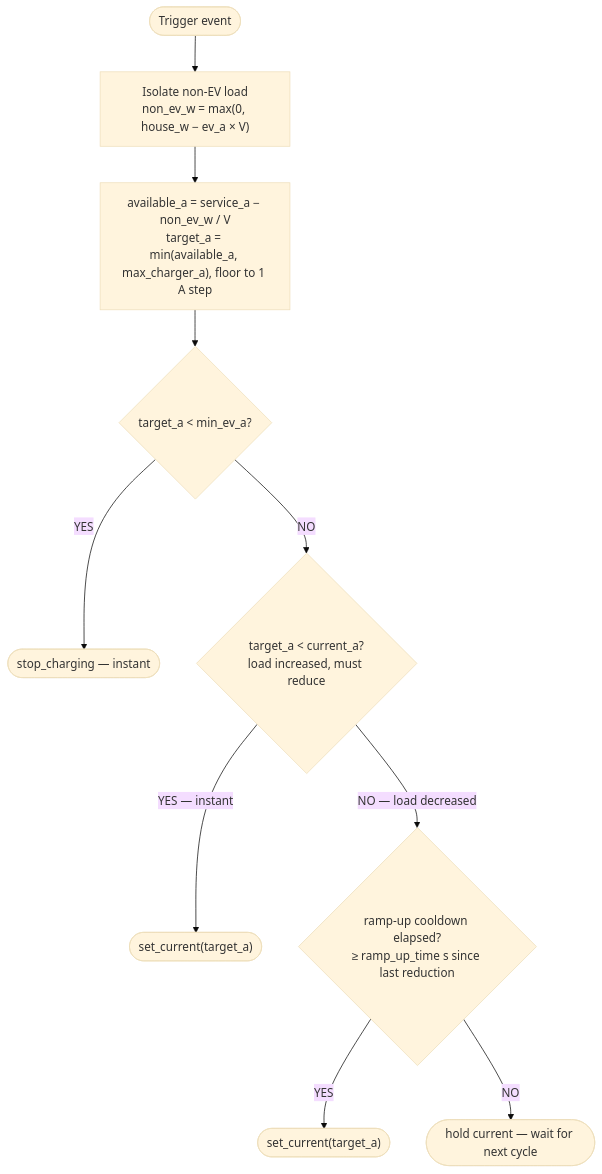
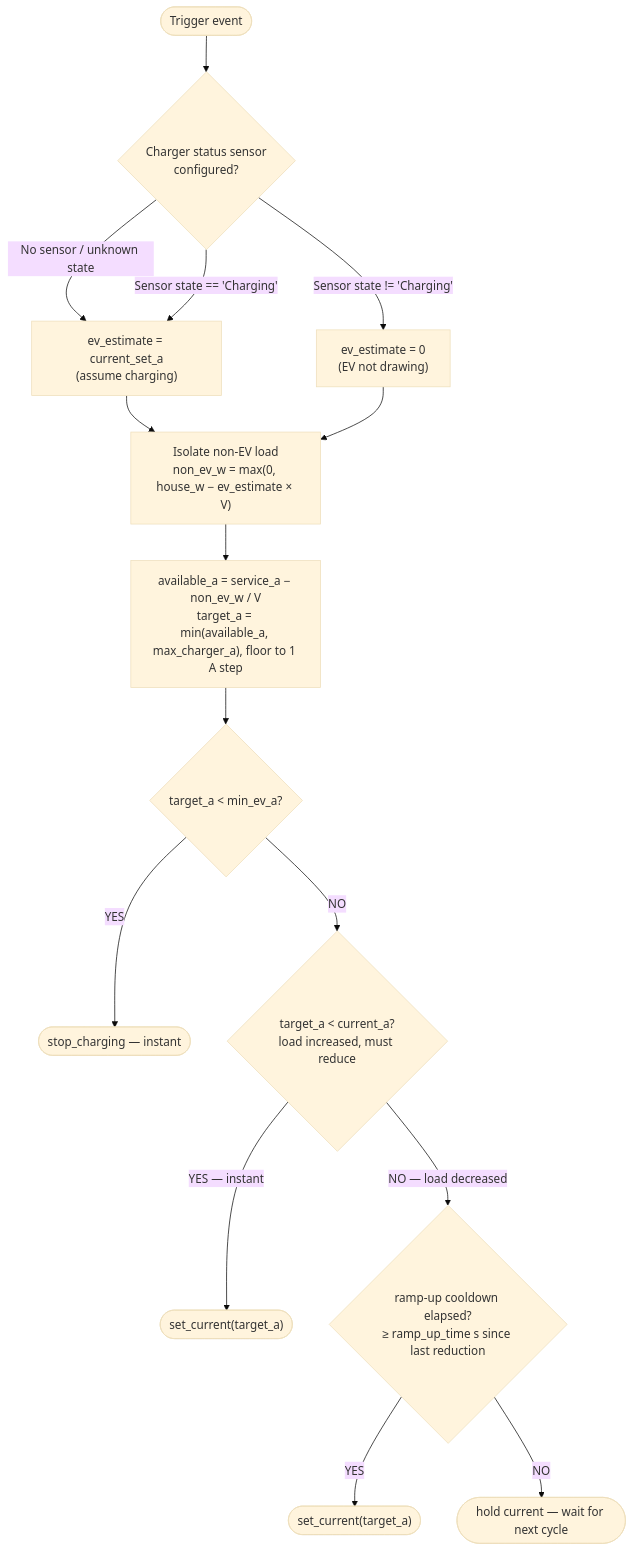
One commit to alexisml/ev-charger-load-balancing changed the first of 7 diagrams in docs/documentation/how-it-works.md. Above: the diagram before and after it, drawn with Mermaid (base theme). The commit also changed other lines of this file and 31 other files, not shown here.

Commit message:
feat: add optional charger status sensor, overload correction loop, pure-logic calculation utils, and comprehensive integration tests (#68)

````diff
--- a/docs/documentation/how-it-works.md
+++ b/docs/documentation/how-it-works.md
@@ -194,13 +198,18 @@
 ```mermaid
 flowchart TD
     A([Trigger event])
-    A --> B["Isolate non-EV load<br/>non_ev_w = max(0, house_w − ev_a × V)"]
+    A --> Z{"Charger status sensor\nconfigured?"}
+    Z -- "No sensor / unknown state" --> ZA["ev_estimate = current_set_a\n(assume charging)"]
+    Z -- "Sensor state == 'Charging'" --> ZA
+    Z -- "Sensor state != 'Charging'" --> ZB["ev_estimate = 0\n(EV not drawing)"]
+    ZA --> B["Isolate non-EV load<br/>non_ev_w = max(0, house_w − ev_estimate × V)"]
+    ZB --> B
     B --> C["available_a = service_a − non_ev_w / V<br/>target_a = min(available_a, max_charger_a), floor to 1 A step"]
     C --> D{"target_a < min_ev_a?"}
     D -- YES --> E(["stop_charging — instant"])
     D -- NO --> F{"target_a < current_a?<br/>load increased, must reduce"}
     F -- "YES — instant" --> G(["set_current(target_a)"])
     F -- "NO — load decreased" --> H{"ramp-up cooldown elapsed?<br/>≥ ramp_up_time s since last reduction"}
     H -- "YES" --> I(["set_current(target_a)"])
     H -- "NO" --> J(["hold current — wait for next cycle"])
 ```
````
